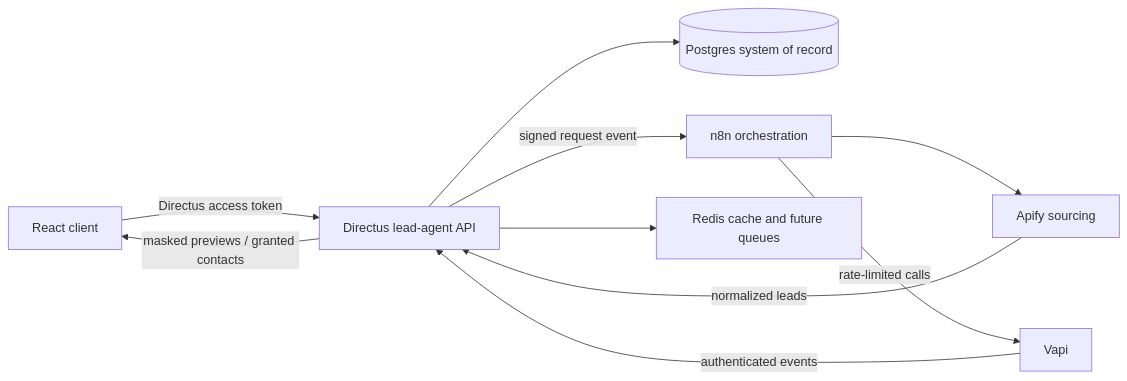
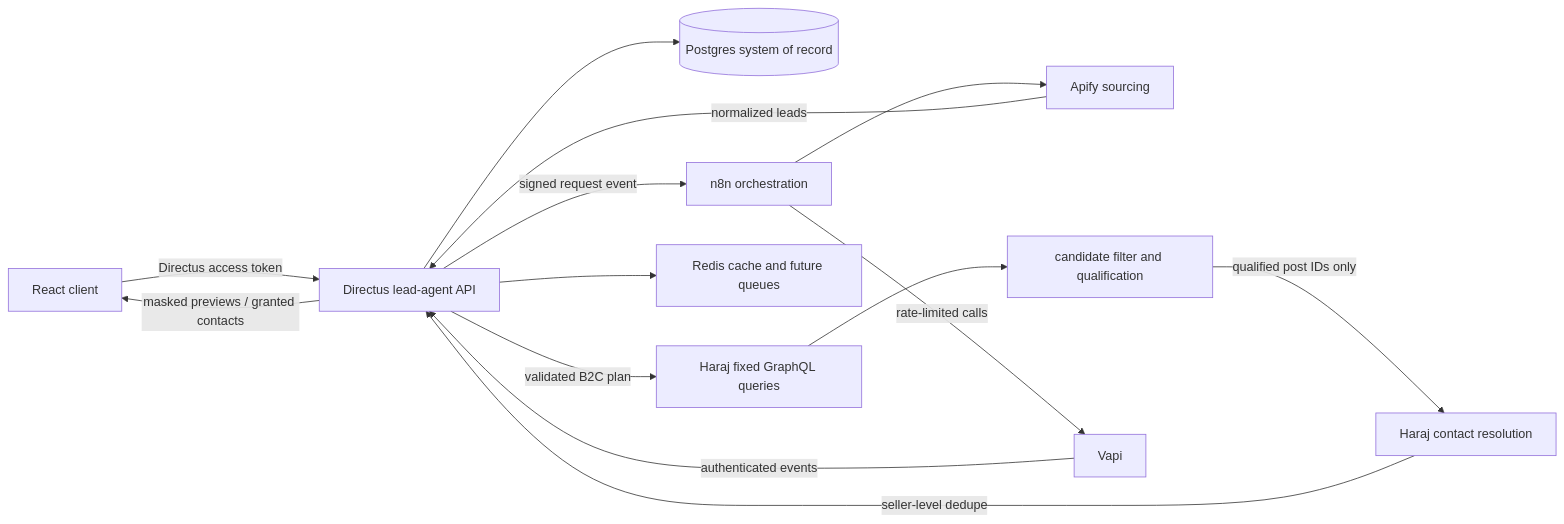
Before and after one commit to hpxix/Waslah-Official: the diagram in docs/lead-agent-architecture.md, drawn with Mermaid. The commit also changed other lines of this file and 35 other files, not shown here.

````diff
--- a/docs/lead-agent-architecture.md
+++ b/docs/lead-agent-architecture.md
@@ -5,12 +5,16 @@
 ```mermaid
 flowchart LR
   A["React client"] -->|"Directus access token"| D["Directus lead-agent API"]
   D --> P[("Postgres system of record")]
   D -->|"signed request event"| N["n8n orchestration"]
   N --> A1["Apify sourcing"]
   A1 -->|"normalized leads"| D
+  D -->|"validated B2C plan"| H["Haraj fixed GraphQL queries"]
+  H --> C["candidate filter and qualification"]
+  C -->|"qualified post IDs only"| HC["Haraj contact resolution"]
+  HC -->|"seller-level dedupe"| D
   N -->|"rate-limited calls"| V["Vapi"]
   V -->|"authenticated events"| D
   D -->|"masked previews / granted contacts"| A
   D --> R["Redis cache and future queues"]
 ```
````
